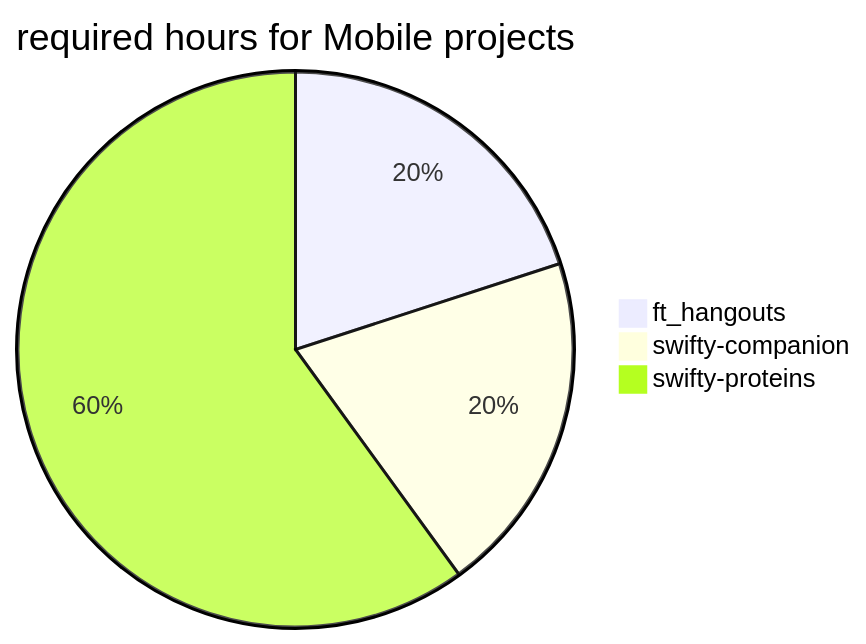
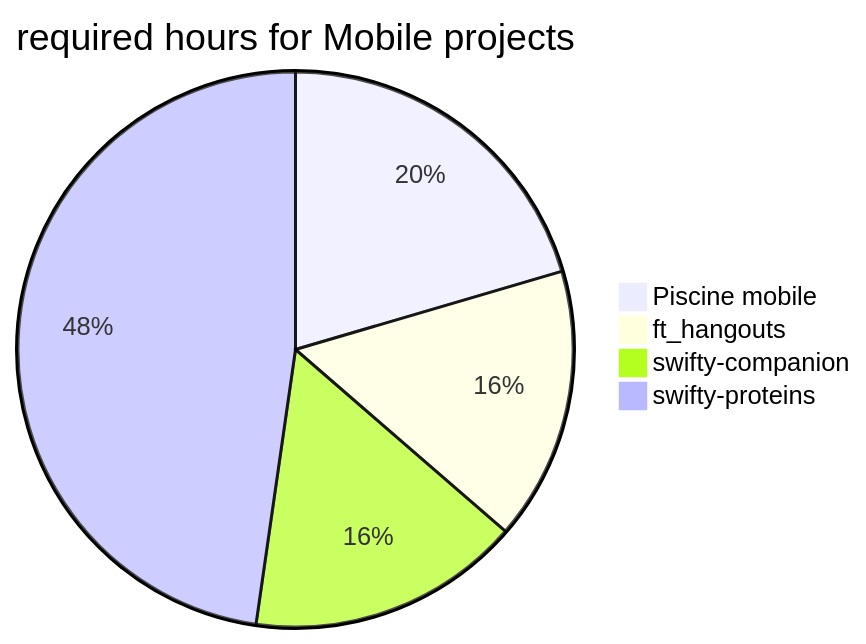
Before and after one commit to jmcheon/web_mobile_branch: the fifth of 6 diagrams in README.md, drawn with Mermaid. The commit also changed other lines of this file, not shown here.

````diff
--- a/README.md
+++ b/README.md
@@ -92,6 +105,7 @@
 ```mermaid
 pie  title required hours for Mobile projects
+	"Piscine mobile"  : 63
 	"ft_hangouts"  : 49
 	"swifty-companion"  : 49
 	"swifty-proteins"  : 147
 ```
````
